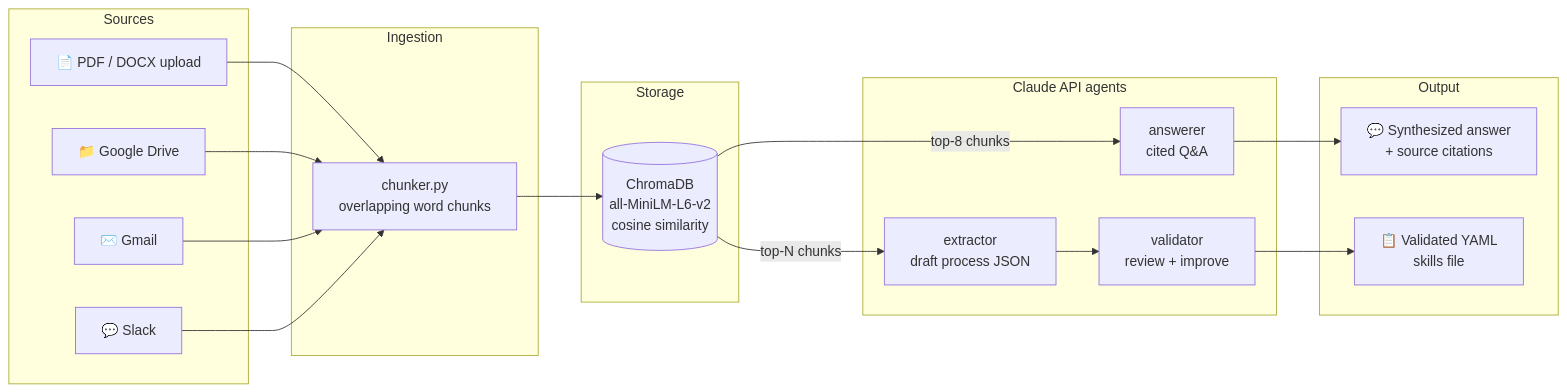
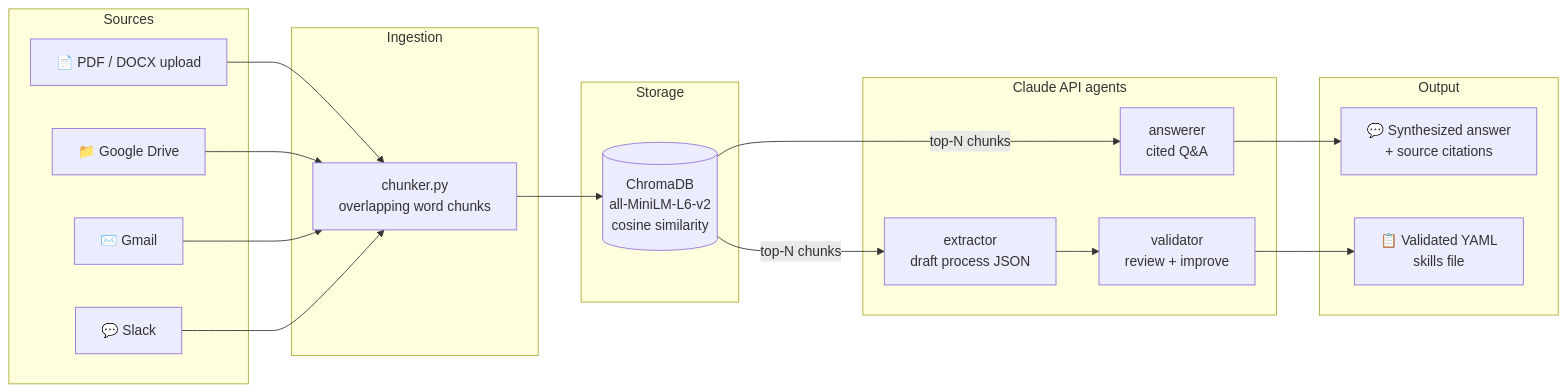
Before and after one commit to tnmypthk/company-brain: the diagram in README.md, drawn with Mermaid. The commit also changed other lines of this file and 12 other files, not shown here.

````diff
--- a/README.md
+++ b/README.md
@@ -9,36 +9,36 @@
 ```mermaid
 flowchart LR
     subgraph Sources
         A1[📄 PDF / DOCX upload]
         A2[📁 Google Drive]
         A3[✉️ Gmail]
         A4[💬 Slack]
     end
 
     subgraph Ingestion
         B[chunker.py<br/>overlapping word chunks]
     end
 
     subgraph Storage
         C[(ChromaDB<br/>all-MiniLM-L6-v2<br/>cosine similarity)]
     end
 
     subgraph Agents["Claude API agents"]
         D[answerer<br/>cited Q&A]
         E[extractor<br/>draft process JSON]
         F[validator<br/>review + improve]
     end
 
     subgraph Output
         G[💬 Synthesized answer<br/>+ source citations]
         H[📋 Validated YAML<br/>skills file]
     end
 
     A1 --> B
     A2 --> B
     A3 --> B
     A4 --> B
     B --> C
-    C -->|top-8 chunks| D --> G
+    C -->|top-N chunks| D --> G
     C -->|top-N chunks| E --> F --> H
 ```
````
